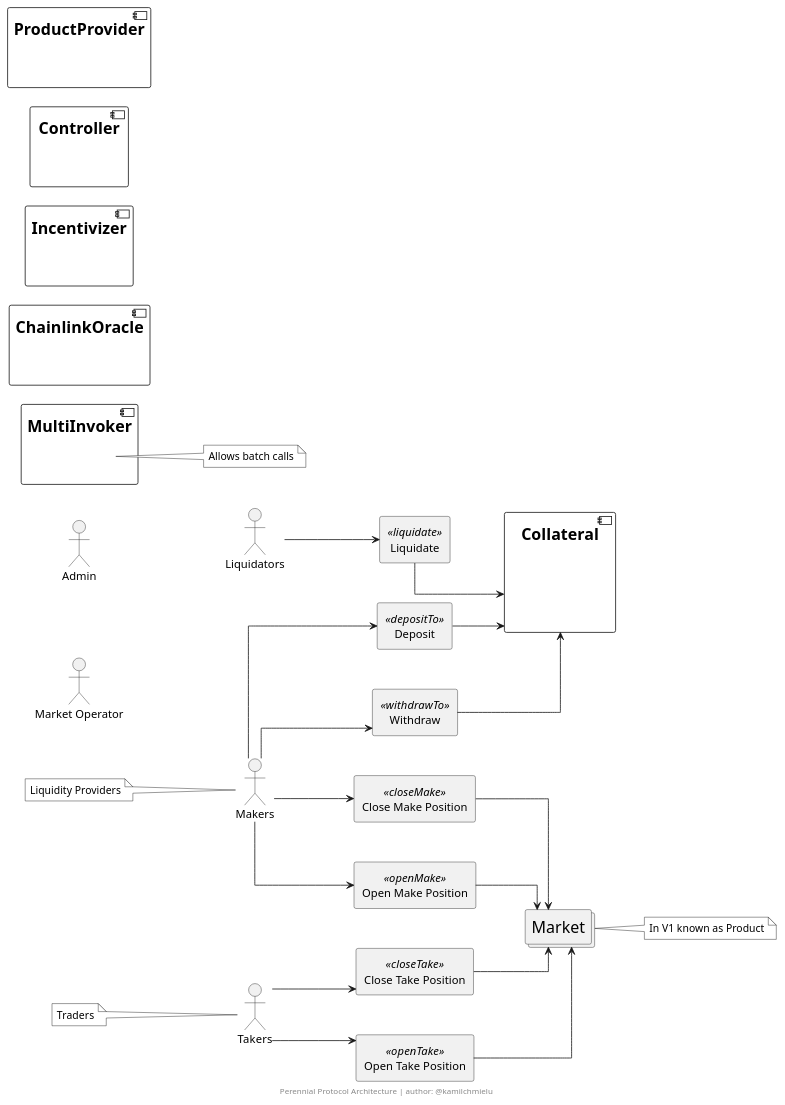
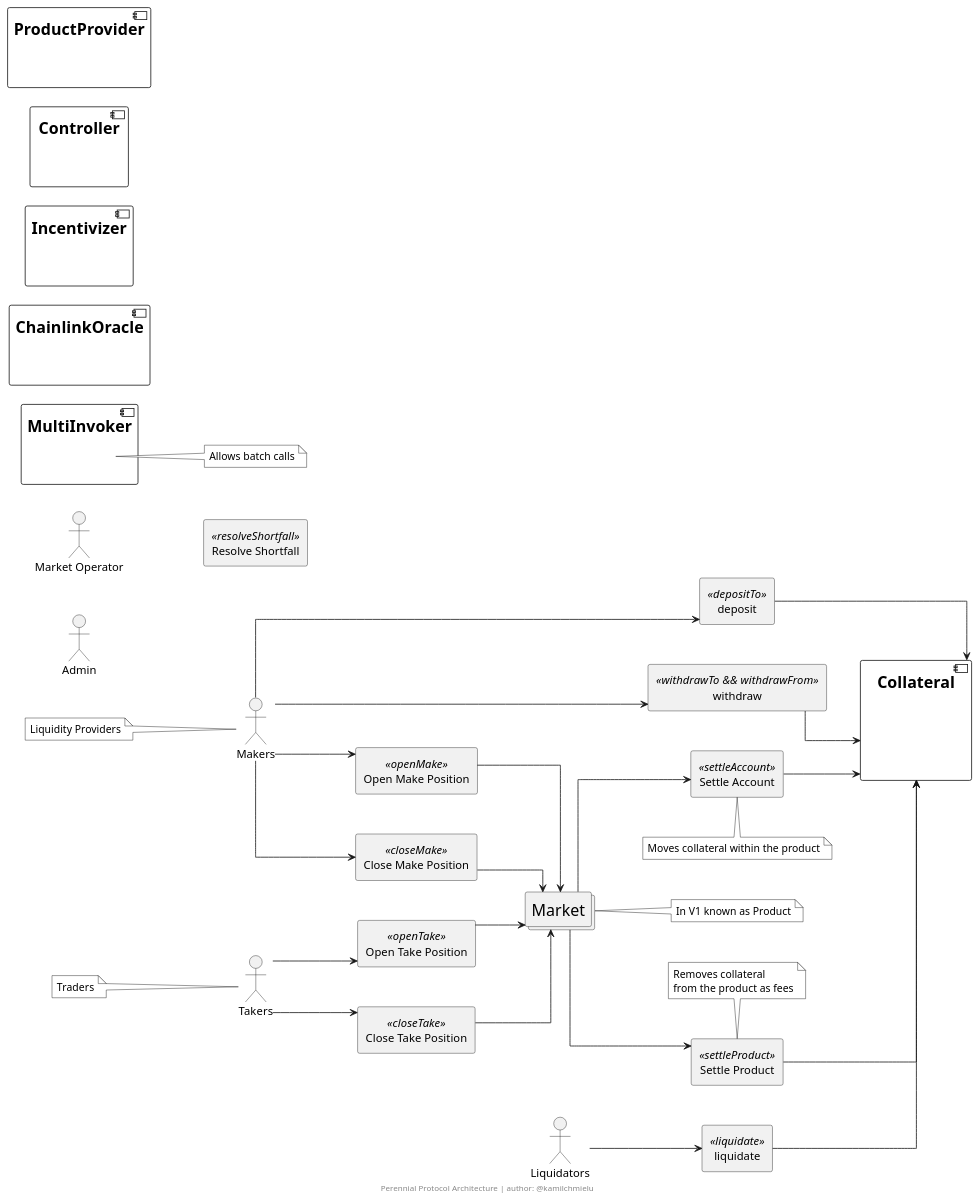
One commit to ChmielewskiKamil/perennial-notes changed the diagram in diagrams/PerennialArchitecture.puml. Above: the diagram before and after it, drawn with PlantUML.

Commit message:
♻️ Make elements easier to manage long term

```diff
--- a/diagrams/PerennialArchitecture.puml
+++ b/diagrams/PerennialArchitecture.puml
@@ -1,107 +1,124 @@
 @startuml PerennialArchitecture
 
 left to right direction
 
 skinparam linetype ortho
 skinparam nodesep 50
 skinparam ranksep 60
 
 skinparam note {
     BorderColor black
     BackgroundColor white
     FontColor black
 }
 skinparam component {
     FontSize 20
 }
 
 skinparam collections {
     FontSize 20
 }
 
 'Invisible Placeholder'
 skinparam artifact {
     BorderColor invisible
     BackgroundColor transparent
     FontSize 10
     FontColor transparent
 }
 
 /' Actors '/
 actor Liquidators
 actor Makers
 note left: Liquidity Providers
 actor Takers
 note left: Traders
 actor "Market Operator" as MarketOperator
 actor Admin
 
 /' System Components '/
 collections Market
 note right: In V1 known as Product
 
 component Collateral {
     artifact Placeholder1
 }
 
 component MultiInvoker {
     artifact Placeholder2
 }
 note right: Allows batch calls
 
 component ChainlinkOracle {
     artifact Placeholder3
 }
 
 component Incentivizer {
     artifact Placeholder4
 }
 
 component Controller {
     artifact Placeholder5
 }
 
 component ProductProvider {
     artifact Placeholder6
 }
 
+/' //////////////////////////////////////////////////////////////////
+//                       Contract Functions                        //
+////////////////////////////////////////////////////////////////// '/
 
-
-/'Functions called by Makers'/
-rectangle Deposit <<depositTo>>
-rectangle Withdraw <<withdrawTo>>
-rectangle "Open Make Position" <<openMake>>
-rectangle "Close Make Position" <<closeMake>>
+/'Collateral contract functions'/
+rectangle deposit <<depositTo>>
+rectangle withdraw <<withdrawTo && withdrawFrom>>
+rectangle "Open Make Position" as openMake <<openMake>>
+rectangle "Close Make Position" as closeMake <<closeMake>>
 
 /'Functions called by Takers'/
-rectangle "Open Take Position" <<openTake>>
-rectangle "Close Take Position" <<closeTake>>
+rectangle "Open Take Position" as openTake <<openTake>>
+rectangle "Close Take Position" as closeTake <<closeTake>>
 
 /'Functions called by Liquidators'/
-rectangle Liquidate <<liquidate>>
+rectangle liquidate <<liquidate>>
 
-/' Connections '/
+/'Functions called by the Market'/
+rectangle "Settle Account" as settleAccount <<settleAccount>>
+note bottom: Moves collateral within the product 
+rectangle "Settle Product" as settleProduct <<settleProduct>>
+note top: Removes collateral\nfrom the product as fees
 
-'Collateral functions'
-Deposit --> Collateral
-Withdraw --> Collateral
-Liquidate --> Collateral
-'Users calling collateral functions'
-Makers --> Deposit
-Makers --> Withdraw
-Liquidators --> Liquidate
+/'Functions called by the Market Owners'/
+rectangle "Resolve Shortfall" as resolveShortfall <<resolveShortfall>>
 
-'Market (Product) functions'
-"Open Make Position" --> Market
-"Close Make Position" --> Market
-"Open Take Position" --> Market
-"Close Take Position" --> Market
-'Users calling market functions'
-Makers --> "Open Make Position"
-Makers --> "Close Make Position"
-Takers --> "Open Take Position"
-Takers --> "Close Take Position"
+/' //////////////////////////////////////////////////////////////////
+//                           Connections                           //
+////////////////////////////////////////////////////////////////// '/
+
+'Connections to Collateral contract (Collateral contract functions)'
+deposit --> Collateral
+withdraw --> Collateral
+liquidate --> Collateral
+settleAccount --> Collateral
+settleProduct --> Collateral
+'Calls to Collateral contract functions'
+Makers --> deposit
+Makers --> withdraw
+Liquidators --> liquidate
+Market --> settleAccount 
+Market --> settleProduct 
+
+'Connections to Market contract (Market functions)'
+openMake --> Market
+closeMake --> Market
+openTake --> Market
+closeTake --> Market
+'Calls to Market contract functions'
+Makers --> openMake 
+Makers --> closeMake 
+Takers --> openTake
+Takers --> closeTake
 
 
 footer Perennial Protocol Architecture | author: @kamilchmielu
 @enduml
```
